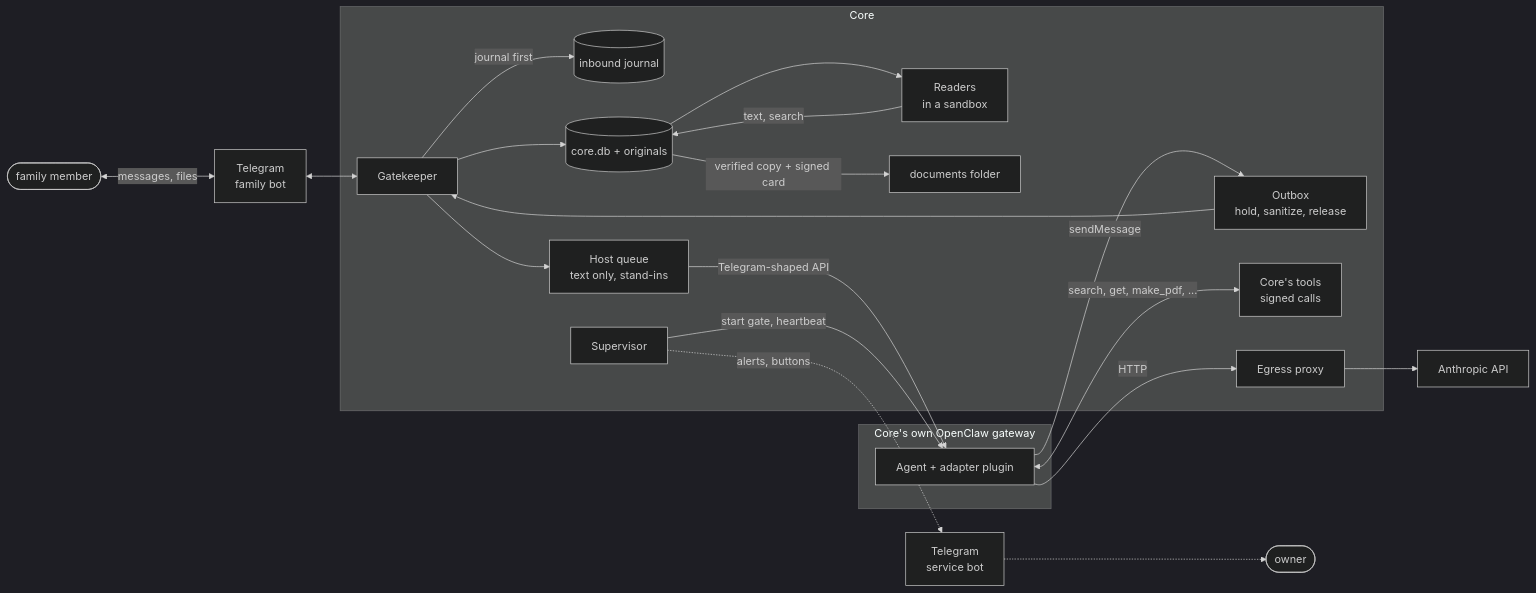
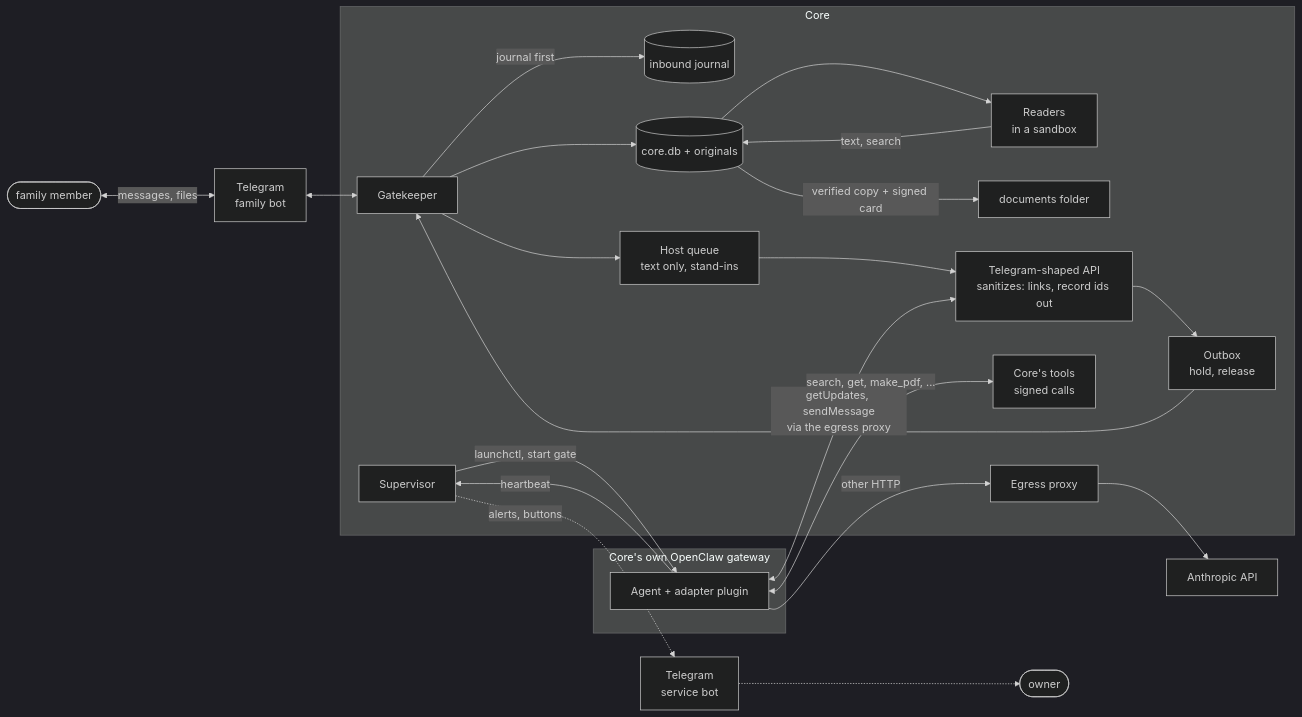
The diagram in README.md (PaGrom/klepa), drawn with Mermaid (dark theme) before and after one commit. The commit also changed other lines of this file and 2 other files, not shown here.

Commit message:
docs: diagrams corrected against the code (independent review)
The tool call reaches Core from the MCP server, not the adapter; the
gatekeeper's API cleans a message before the outbox holds it; with a host
no receipt is sent and a draft is decided once the batch's reading ends;
the supervisor's states gain the login, exit and Pause transitions, the
paused start and the real failure reasons; host login shows Core going to
STARTING while login holds the lock and the 120 s mark; the gateway's
traffic to the gatekeeper goes through the egress proxy; private keywords
belong to [intake]; the host folder lists gateway.token, applied.sha256
and launchd's logs.

````diff
--- a/README.md
+++ b/README.md
@@ -23,26 +23,27 @@
 ```mermaid
 flowchart LR
     P([family member]) <-->|messages, files| TG[Telegram<br>family bot]
     TG <--> GK
     subgraph core[Core]
         GK[Gatekeeper] -->|journal first| J[(inbound journal)]
         GK --> DB[(core.db + originals)]
         DB --> R[Readers<br>in a sandbox]
         R -->|text, search| DB
         DB -->|verified copy + signed card| DOCS[documents folder]
         GK --> Q[Host queue<br>text only, stand-ins]
-        OB[Outbox<br>hold, sanitize, release] --> GK
+        API[Telegram-shaped API<br>sanitizes: links, record ids out] --> OB[Outbox<br>hold, release] --> GK
         T[Core's tools<br>signed calls]
         S[Supervisor]
         X[Egress proxy]
     end
     subgraph host[Core's own OpenClaw gateway]
         OC[Agent + adapter plugin]
     end
-    Q -->|Telegram-shaped API| OC
-    OC -->|sendMessage| OB
+    Q --> API
+    OC <-->|getUpdates, sendMessage<br>via the egress proxy| API
     OC <-->|search, get, make_pdf, ...| T
-    S -->|start gate, heartbeat| OC
-    OC -->|HTTP| X --> M[Anthropic API]
+    S -->|launchctl, start gate| OC
+    OC -->|heartbeat| S
+    OC -->|other HTTP| X --> M[Anthropic API]
     S -.->|alerts, buttons| SB[Telegram<br>service bot] -.-> OW([owner])
 ```
````
